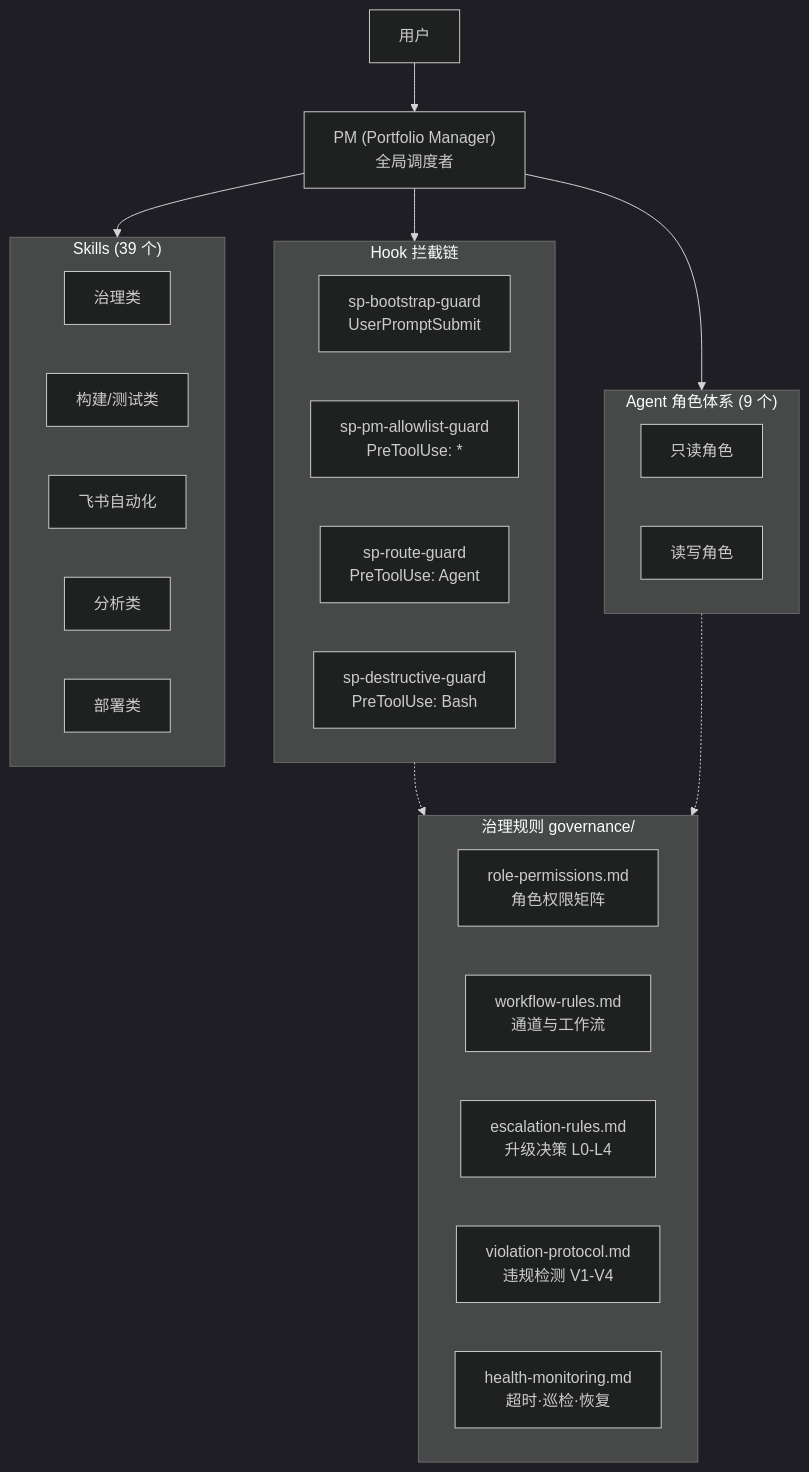
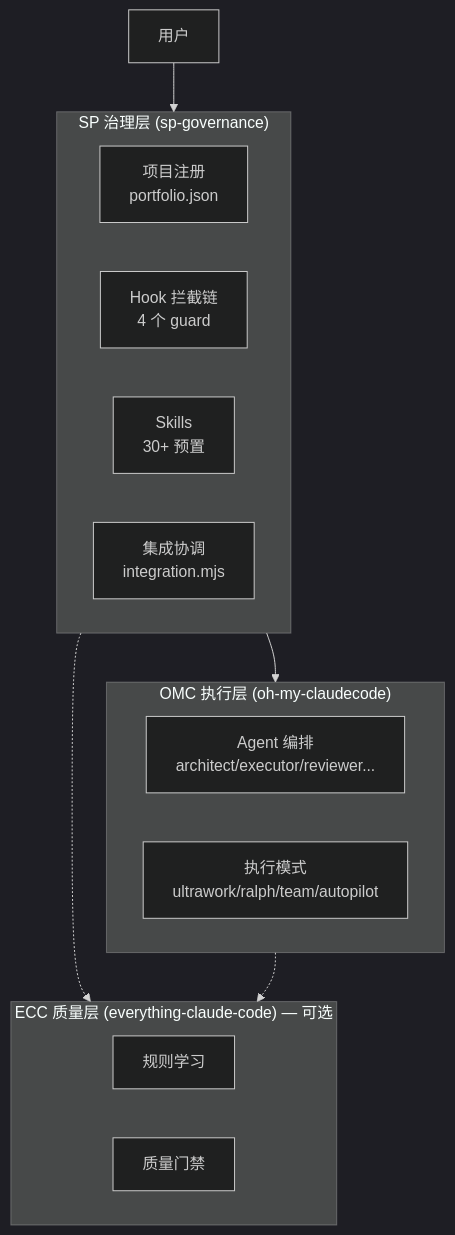
Before and after one commit to stpyx946/sp-governance: the first of 4 diagrams in docs/sp-capability-map.md, drawn with Mermaid (dark theme). The commit also changed other lines of this file and 44 other files, not shown here.

First line of the commit message:
feat: SP Governance v9.0.0-rc.1 — three-layer architecture + OMC/ECC integration

````diff
--- a/docs/sp-capability-map.md
+++ b/docs/sp-capability-map.md
@@ -11,42 +11,26 @@
 ```mermaid
 flowchart TB
     User["用户"]
-    PM["PM (Portfolio Manager)<br/>全局调度者"]
-    
-    subgraph Hooks["Hook 拦截链"]
-        H1["sp-bootstrap-guard<br/>UserPromptSubmit"]
-        H2["sp-pm-allowlist-guard<br/>PreToolUse: *"]
-        H3["sp-route-guard<br/>PreToolUse: Agent"]
-        H4["sp-destructive-guard<br/>PreToolUse: Bash"]
+
+    subgraph SP["SP 治理层 (sp-governance)"]
+        REG["项目注册<br/>portfolio.json"]
+        HOOKS["Hook 拦截链<br/>4 个 guard"]
+        SKILLS["Skills<br/>30+ 预置"]
+        INTEG["集成协调<br/>integration.mjs"]
     end
 
-    subgraph Governance["治理规则 governance/"]
-        G1["role-permissions.md<br/>角色权限矩阵"]
-        G2["workflow-rules.md<br/>通道与工作流"]
-        G3["escalation-rules.md<br/>升级决策 L0-L4"]
-        G4["violation-protocol.md<br/>违规检测 V1-V4"]
-        G5["health-monitoring.md<br/>超时·巡检·恢复"]
+    subgraph OMC["OMC 执行层 (oh-my-claudecode)"]
+        AGENTS["Agent 编排<br/>architect/executor/reviewer..."]
+        MODES["执行模式<br/>ultrawork/ralph/team/autopilot"]
     end
 
-    subgraph Agents["Agent 角色体系 (9 个)"]
-        direction LR
-        A_RO["只读角色"]
-        A_RW["读写角色"]
+    subgraph ECC["ECC 质量层 (everything-claude-code) — 可选"]
+        RULES["规则学习"]
+        GATE["质量门禁"]
     end
 
-    subgraph Skills["Skills (39 个)"]
-        direction LR
-        SK_GOV["治理类"]
-        SK_BUILD["构建/测试类"]
-        SK_FEISHU["飞书自动化"]
-        SK_ANALYSIS["分析类"]
-        SK_DEPLOY["部署类"]
-    end
-
-    User --> PM
-    PM --> Hooks
-    PM --> Agents
-    PM --> Skills
-    Hooks -.-> Governance
-    Agents -.-> Governance
+    User --> SP
+    SP --> OMC
+    SP -.-> ECC
+    OMC -.-> ECC
 ```
````
